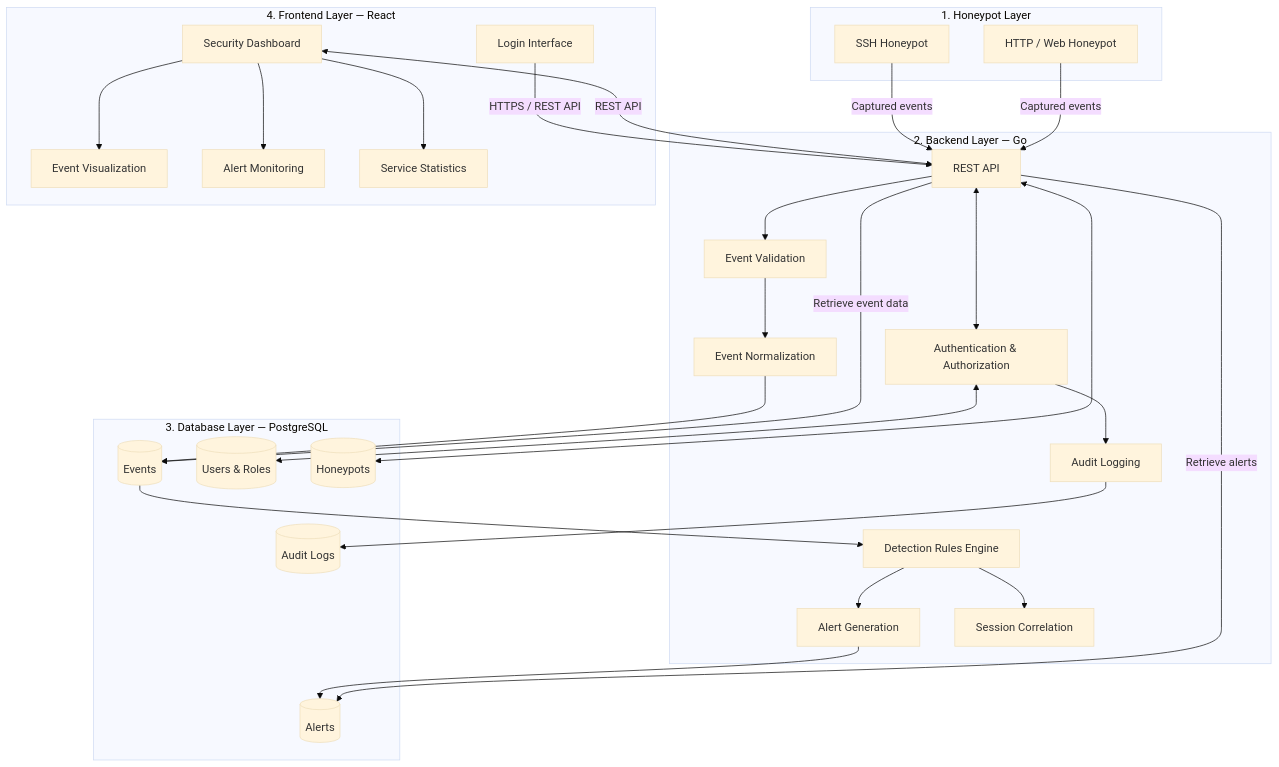
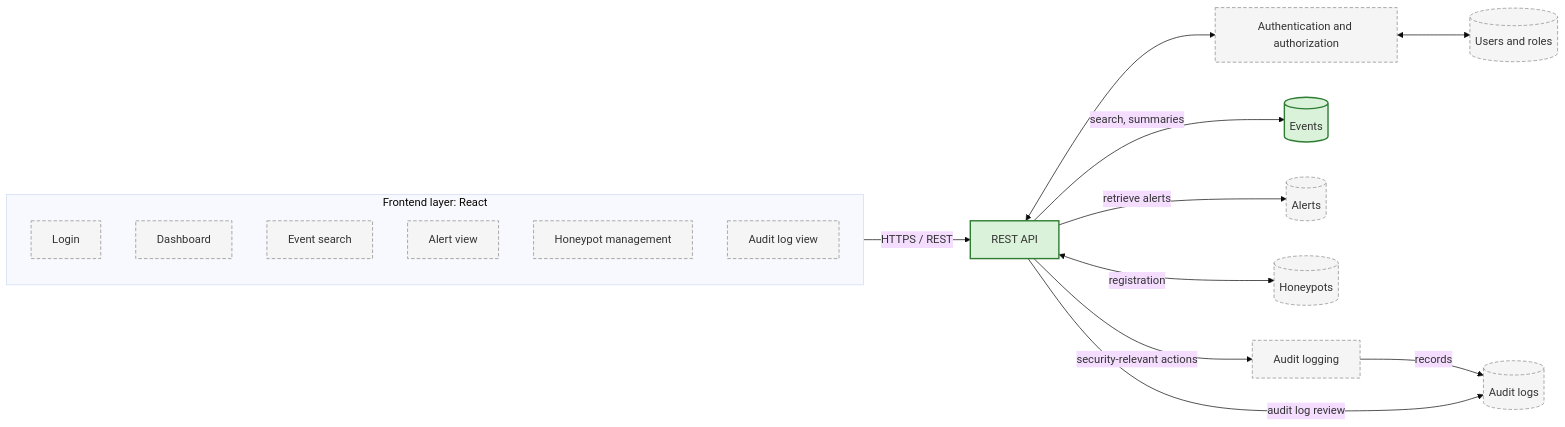
One commit to El-Dorado26/hive-honeypot-network changed the third of 3 diagrams in docs/design/arch/architecture.md. Above: the diagram before and after it, drawn with Mermaid (base theme). The commit also changed other lines of this file, not shown here.

First line of the commit message:
Revise architecture document for clarity and detail

````diff
--- a/docs/design/arch/architecture.md
+++ b/docs/design/arch/architecture.md
@@ -13,63 +98,35 @@
 ```mermaid
-flowchart TB
-
-    subgraph HP["1. Honeypot Layer"]
-        SSH["SSH Honeypot"]
-        HTTP["HTTP / Web Honeypot"]
+flowchart LR
+    subgraph FE["Frontend layer: React"]
+        LOGIN["Login"]
+        DASH["Dashboard"]
+        SEARCH["Event search"]
+        ALERTV["Alert view"]
+        HPM["Honeypot management"]
+        AUDV["Audit log view"]
     end
 
-    subgraph BE["2. Backend Layer — Go"]
-        API["REST API"]
-        AUTH["Authentication & Authorization"]
-        VALID["Event Validation"]
-        NORM["Event Normalization"]
-        DETECT["Detection Rules Engine"]
-        ALERT["Alert Generation"]
-        SESSION["Session Correlation"]
-        AUDIT["Audit Logging"]
-    end
+    API["REST API"]
+    AUTH["Authentication and authorization"]
+    USERS[("Users and roles")]
+    EVENTS[("Events")]
+    ALERTS[("Alerts")]
+    HONEYPOTS[("Honeypots")]
+    AUDIT["Audit logging"]
+    LOGS[("Audit logs")]
 
-    subgraph DB["3. Database Layer — PostgreSQL"]
-        EVENTS[("Events")]
-        USERS[("Users & Roles")]
-        HONEYPOTS[("Honeypots")]
-        ALERTS[("Alerts")]
-        LOGS[("Audit Logs")]
-    end
-
-    subgraph FE["4. Frontend Layer — React"]
-        LOGIN["Login Interface"]
-        DASH["Security Dashboard"]
-        VIS["Event Visualization"]
-        MON["Alert Monitoring"]
-        STATS["Service Statistics"]
-    end
-
-    SSH -->|"Captured events"| API
-    HTTP -->|"Captured events"| API
-
-    API --> VALID
-    VALID --> NORM
-    NORM --> EVENTS
-
-    EVENTS --> DETECT
-    DETECT --> ALERT
-    DETECT --> SESSION
-    ALERT --> ALERTS
-
+    FE -->|"HTTPS / REST"| API
     API <--> AUTH
     AUTH <--> USERS
-    AUTH --> AUDIT
-    AUDIT --> LOGS
+    API -->|"search, summaries"| EVENTS
+    API -->|"retrieve alerts"| ALERTS
+    API <-->|"registration"| HONEYPOTS
+    API -->|"security-relevant actions"| AUDIT
+    AUDIT -->|"records"| LOGS
+    API -->|"audit log review"| LOGS
 
-    API <--> HONEYPOTS
-
-    LOGIN -->|"HTTPS / REST API"| API
-    DASH <-->|"REST API"| API
-    DASH --> VIS
-    DASH --> MON
-    DASH --> STATS
-
-    API -->|"Retrieve event data"| EVENTS
-    API -->|"Retrieve alerts"| ALERTS
+    classDef implemented fill:#d9f2d9,stroke:#2e7d32,stroke-width:2px
+    classDef planned fill:#f5f5f5,stroke:#888888,stroke-dasharray:5 3
+    class API,EVENTS implemented
+    class LOGIN,DASH,SEARCH,ALERTV,HPM,AUDV,AUTH,USERS,ALERTS,HONEYPOTS,AUDIT,LOGS planned
 ```
````
